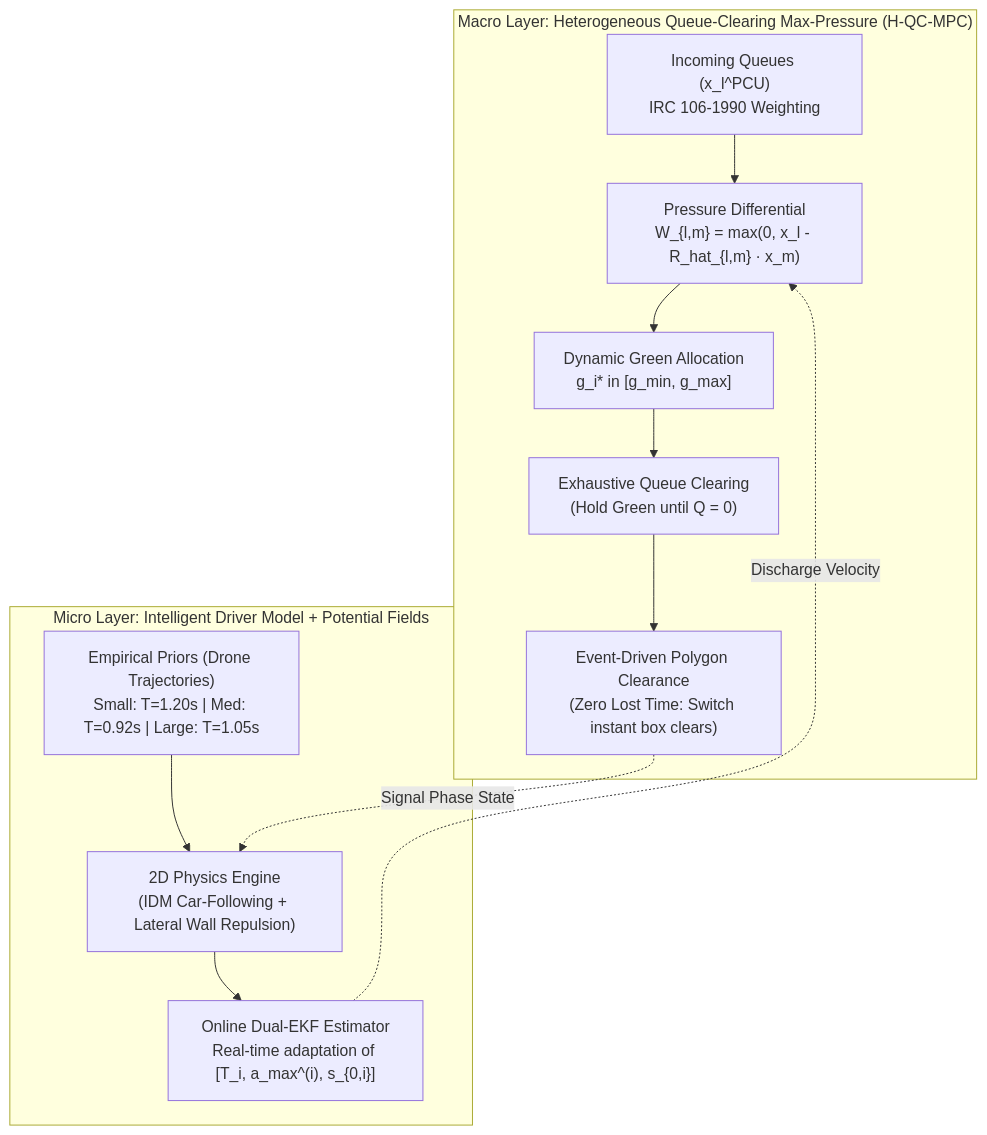
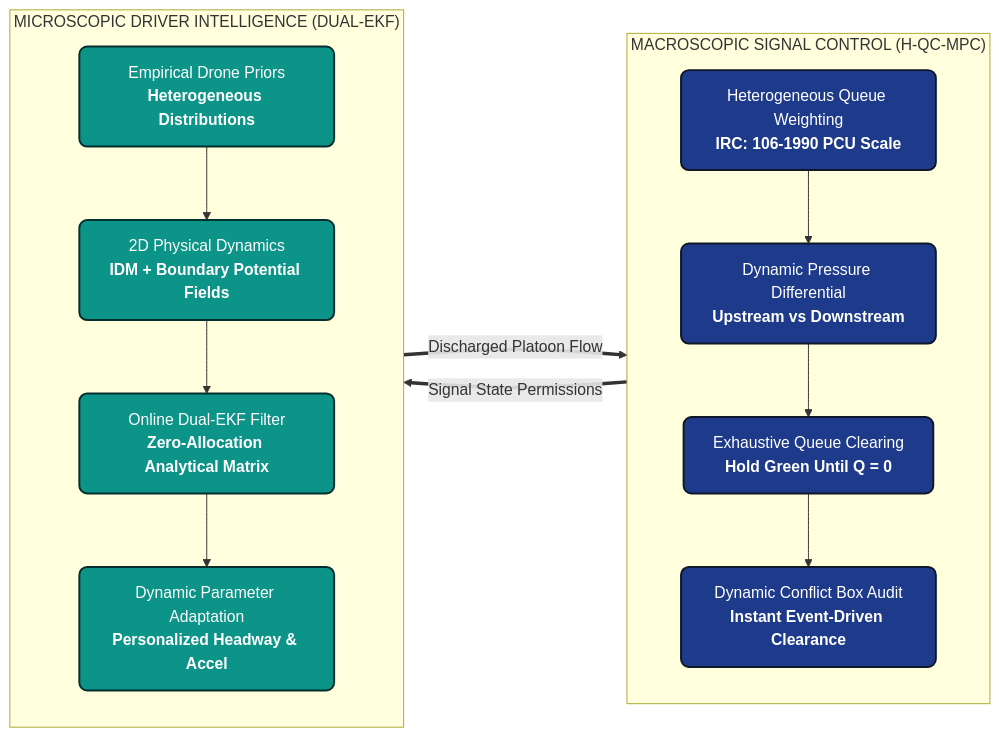
The diagram in README.md (Sharkyii/Hetero-Traffic-Control), drawn with Mermaid before and after one commit. The commit also changed other lines of this file and 6 other files, not shown here.

Commit message:
docs: enhance architecture framework diagram and embed publication graphs in README

````diff
--- a/README.md
+++ b/README.md
@@ -16,17 +23,26 @@
 ```mermaid
-flowchart TD
-    subgraph Macro ["Macro Layer: Heterogeneous Queue-Clearing Max-Pressure (H-QC-MPC)"]
-        A["Incoming Queues (x_l^PCU)<br>IRC 106-1990 Weighting"] --> B["Pressure Differential<br>W_{l,m} = max(0, x_l - R_hat_{l,m} · x_m)"]
-        B --> C["Dynamic Green Allocation<br>g_i* in [g_min, g_max]"]
-        C --> D["Exhaustive Queue Clearing<br>(Hold Green until Q = 0)"]
-        D --> E["Event-Driven Polygon Clearance<br>(Zero Lost Time: Switch instant box clears)"]
+flowchart LR
+    classDef macro fill:#1E3A8A,stroke:#0F172A,stroke-width:2px,color:#FFFFFF,rx:8px,ry:8px;
+    classDef micro fill:#0D9488,stroke:#042F2E,stroke-width:2px,color:#FFFFFF,rx:8px,ry:8px;
+
+    subgraph MACRO ["MACROSCOPIC SIGNAL CONTROL (H-QC-MPC)"]
+        direction TB
+        M1["Heterogeneous Queue Weighting<br/><b>IRC: 106-1990 PCU Scale</b>"]:::macro
+        M2["Dynamic Pressure Differential<br/><b>Upstream vs Downstream</b>"]:::macro
+        M3["Exhaustive Queue Clearing<br/><b>Hold Green Until Q = 0</b>"]:::macro
+        M4["Dynamic Conflict Box Audit<br/><b>Instant Event-Driven Clearance</b>"]:::macro
+        M1 --> M2 --> M3 --> M4
     end
 
-    subgraph Micro ["Micro Layer: Intelligent Driver Model + Potential Fields"]
-        F["Empirical Priors (Drone Trajectories)<br>Small: T=1.20s | Med: T=0.92s | Large: T=1.05s"] --> G["2D Physics Engine<br>(IDM Car-Following + Lateral Wall Repulsion)"]
-        G --> H["Online Dual-EKF Estimator<br>Real-time adaptation of [T_i, a_max^(i), s_{0,i}]"]
+    subgraph MICRO ["MICROSCOPIC DRIVER INTELLIGENCE (DUAL-EKF)"]
+        direction TB
+        U1["Empirical Drone Priors<br/><b>Heterogeneous Distributions</b>"]:::micro
+        U2["2D Physical Dynamics<br/><b>IDM + Boundary Potential Fields</b>"]:::micro
+        U3["Online Dual-EKF Filter<br/><b>Zero-Allocation Analytical Matrix</b>"]:::micro
+        U4["Dynamic Parameter Adaptation<br/><b>Personalized Headway & Accel</b>"]:::micro
+        U1 --> U2 --> U3 --> U4
     end
 
-    E -.->|Signal Phase State| G
-    H -.->|Discharge Velocity| B
+    M4 ==>|Signal State Permissions| U2
+    U4 ==>|Discharged Platoon Flow| M2
 ```
````
